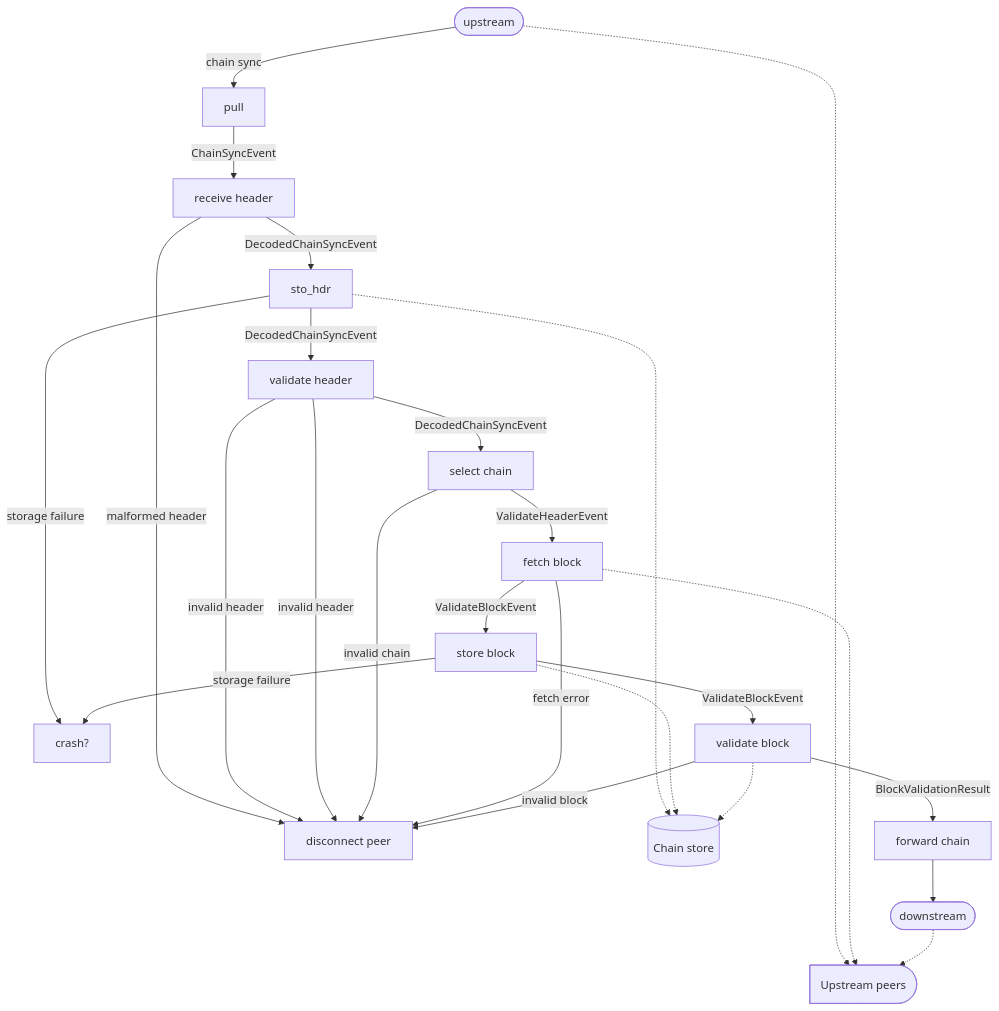
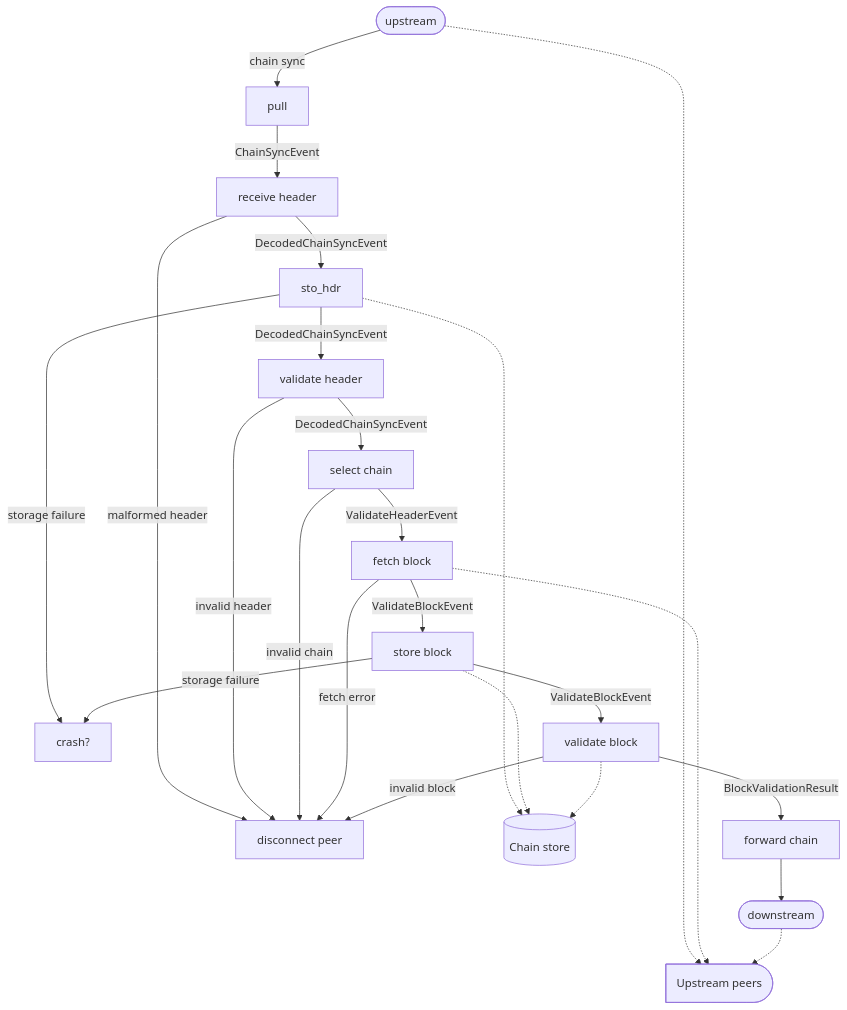
One commit to pragma-org/amaru changed the diagram in crates/amaru-consensus/README.md. Above: the diagram before and after it, drawn with Mermaid.

Commit message:
fix: remove duplicate link in diagram

````diff
--- a/crates/amaru-consensus/README.md
+++ b/crates/amaru-consensus/README.md
@@ -5,30 +5,29 @@
 ```mermaid
 graph TD
     disc[disconnect peer]
     net@{ shape: delay, label: "Upstream peers" }
     upstream([upstream]) -.-> net
     upstream -- chain sync --> pull
     pull -- ChainSyncEvent --> rcv[receive header]
     rcv -- malformed header --> disc
     val_hdr[validate header]
     rcv -- DecodedChainSyncEvent --> sto_hdr
     sto_hdr -.-> store@{ shape: cyl, label: "Chain store" }
     sto_hdr -- storage failure --> crash?
     sto_hdr -- DecodedChainSyncEvent --> val_hdr[validate header]
     val_hdr -- invalid header --> disc
     val_hdr -- DecodedChainSyncEvent --> select[select chain]
-    val_hdr -- invalid header --> disc
     select -- invalid chain --> disc
     select -- ValidateHeaderEvent --> fetch[fetch block]
     fetch -.-> net
     fetch -- fetch error --> disc
     fetch -- ValidateBlockEvent --> sto_block[store block]
     sto_block -.-> store
     sto_block -- storage failure --> crash?
     sto_block -- ValidateBlockEvent --> val_block[validate block]
     val_block -.-> store
     val_block -- invalid block --> disc
     val_block -- BlockValidationResult --> fwd[forward chain]
     fwd --> down([downstream])
     down -.-> net
 ```
````
